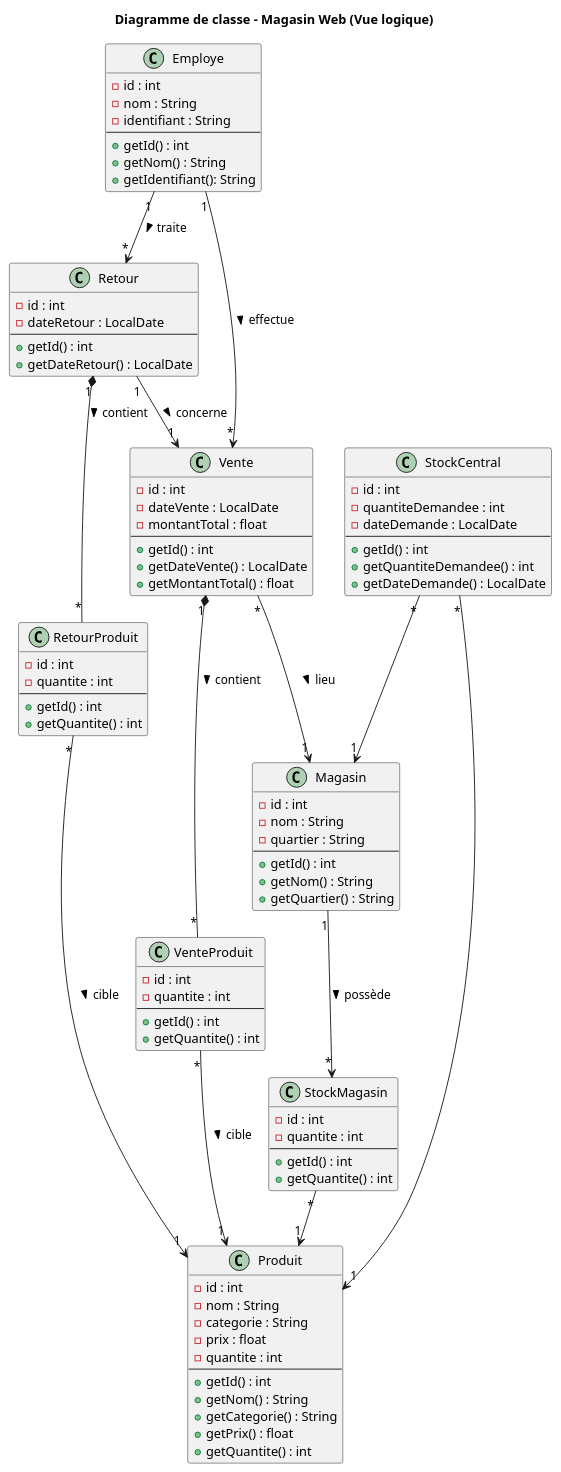
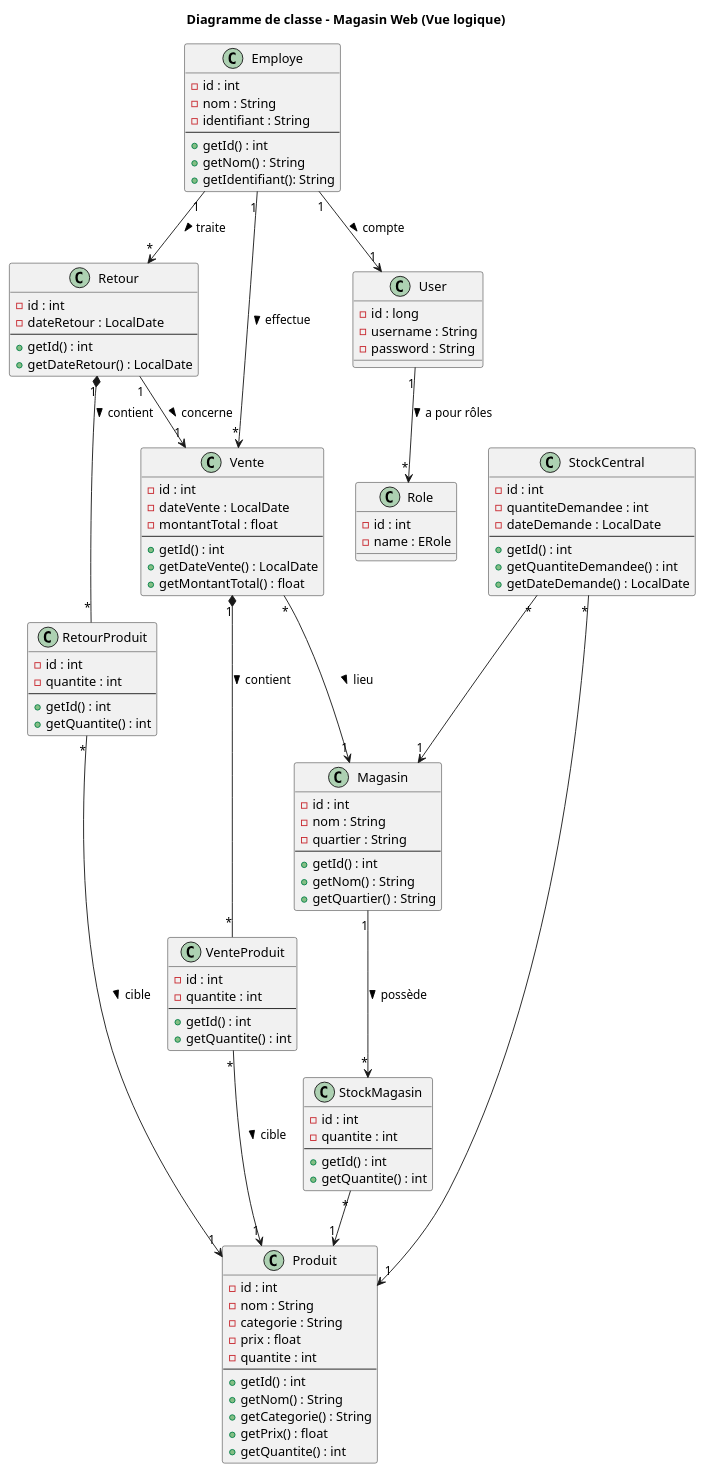
The diagram in docs/diagrams/dcl.puml (SlitherinSnake/tp0-1-2-log430), drawn with PlantUML before and after one commit. The commit also changed 33 other files, not shown here.

```diff
--- a/docs/diagrams/dcl.puml
+++ b/docs/diagrams/dcl.puml
@@ -1,124 +1,142 @@
 @startuml
 title Diagramme de classe - Magasin Web (Vue logique)
 
 ' === Entités principales ===
 
 class Employe {
   - id : int
   - nom : String
   - identifiant : String
   --
   + getId() : int
   + getNom() : String
   + getIdentifiant(): String
 }
 
 class Magasin {
   - id : int
   - nom : String
   - quartier : String
   --
   + getId() : int
   + getNom() : String
   + getQuartier() : String
 }
 
 class Produit {
   - id : int
   - nom : String
   - categorie : String
   - prix : float
   - quantite : int
   --
   + getId() : int
   + getNom() : String
   + getCategorie() : String
   + getPrix() : float
   + getQuantite() : int
 }
 
 class Vente {
   - id : int
   - dateVente : LocalDate
   - montantTotal : float
   --
   + getId() : int
   + getDateVente() : LocalDate
   + getMontantTotal() : float
 }
 
 class VenteProduit {
   - id : int
   - quantite : int
   --
   + getId() : int
   + getQuantite() : int
 }
 
 class Retour {
   - id : int
   - dateRetour : LocalDate
   --
   + getId() : int
   + getDateRetour() : LocalDate
 }
 
 class RetourProduit {
   - id : int
   - quantite : int
   --
   + getId() : int
   + getQuantite() : int
 }
 
 class StockMagasin {
   - id : int
   - quantite : int
   --
   + getId() : int
   + getQuantite() : int
 }
 
 class StockCentral {
   - id : int
   - quantiteDemandee : int
   - dateDemande : LocalDate
   --
   + getId() : int
   + getQuantiteDemandee() : int
   + getDateDemande() : LocalDate
 }
 
+class User {
+  - id : long
+  - username : String
+  - password : String
+}
+
+class Role {
+  - id : int
+  - name : ERole
+}
+
 ' === Relations de base ===
 
 ' Employé réalise ventes et retours
 Employe "1" --> "*" Vente : effectue >
 Employe "1" --> "*" Retour : traite >
 
 ' Vente liée à un magasin
 Vente "*" --> "1" Magasin : lieu >
 
 ' Retour lié à une vente
 Retour "1" --> "1" Vente : concerne >
 
 ' Vente *-- VenteProduit (composition)
 Vente "1" *-- "*" VenteProduit : contient >
 
 ' Retour *-- RetourProduit (composition)
 Retour "1" *-- "*" RetourProduit : contient >
 
 ' Lignes de vente/retour concernent un produit
 VenteProduit "*" --> "1" Produit : cible >
 RetourProduit "*" --> "1" Produit : cible >
 
 ' Magasin a un stock local
 Magasin "1" --> "*" StockMagasin : possède >
 
 ' Produit présent dans stock local
 StockMagasin "*" --> "1" Produit
 
 ' Stock central : une demande associe un produit à un magasin
 StockCentral "*" --> "1" Produit
 StockCentral "*" --> "1" Magasin
 
+' Many-to-Many User ↔ Role
+User "1" --> "*" Role : a pour rôles >
+
+' (Optionnel) Employé possède un User
+Employe "1" --> "1" User : compte >
+
+
 @enduml
```
